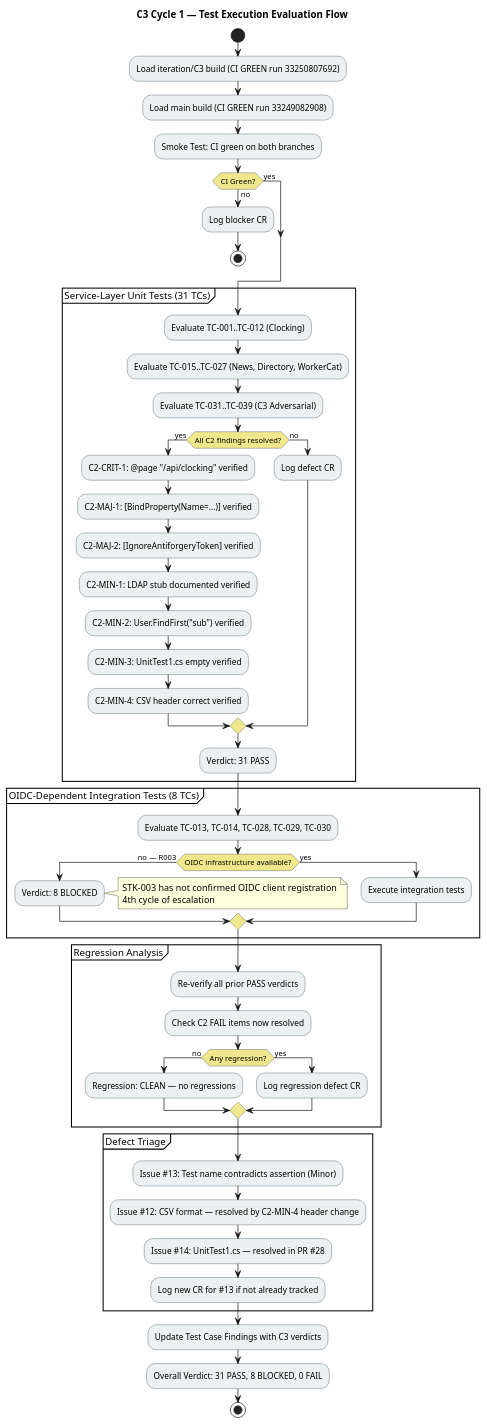
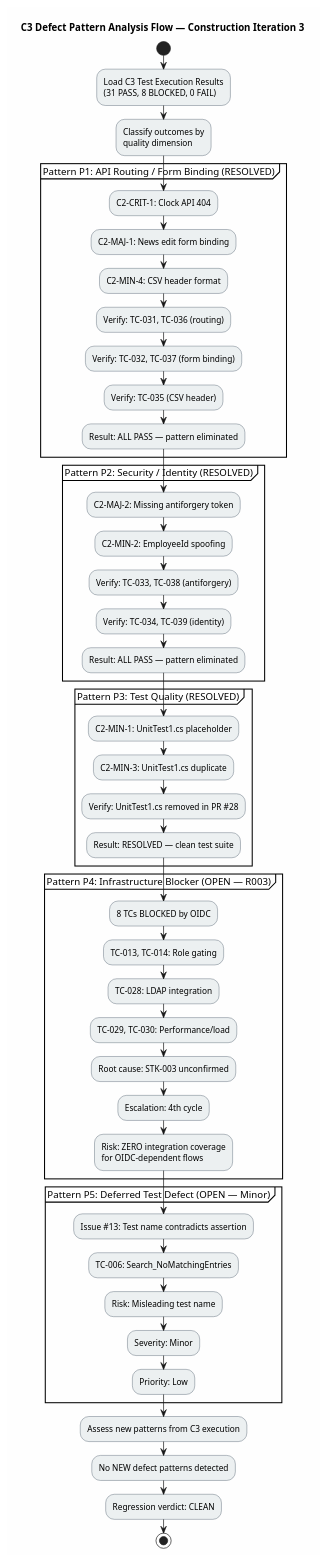
Before and after one commit to banense-test/portal-cuba-corp: the first of 2 diagrams in docs/artifacts/test/test-case.md, drawn with PlantUML. The commit also changed other lines of this file, not shown here.

First line of the commit message:
Test Analyst [C3]: upsert Test Case

````diff
--- a/docs/artifacts/test/test-case.md
+++ b/docs/artifacts/test/test-case.md
@@ -77,74 +67,69 @@
 ```plantuml
 @startuml
-title C3 Cycle 1 — Test Execution Evaluation Flow
+title C3 Defect Pattern Analysis Flow — Construction Iteration 3
 
+skinparam backgroundColor #FEFEFE
+skinparam shadowing false
 skinparam activityBorderColor #2C3E50
 skinparam activityBackgroundColor #ECF0F1
-skinparam activityDiamondBackgroundColor #F0E68C
 
 start
 
-:Load iteration/C3 build (CI GREEN run 33250807692);
-:Load main build (CI GREEN run 33249082908);
+:Load C3 Test Execution Results
+(31 PASS, 8 BLOCKED, 0 FAIL);
 
-:Smoke Test: CI green on both branches;
-if (CI Green?) then (yes)
-  else (no)
-    :Log blocker CR;
-    stop
-  endif
+:Classify outcomes by
+quality dimension;
 
-partition "Service-Layer Unit Tests (31 TCs)" {
-  :Evaluate TC-001..TC-012 (Clocking);
-  :Evaluate TC-015..TC-027 (News, Directory, WorkerCat);
-  :Evaluate TC-031..TC-039 (C3 Adversarial);
-  
-  if (All C2 findings resolved?) then (yes)
-    :C2-CRIT-1: @page "/api/clocking" verified;
-    :C2-MAJ-1: [BindProperty(Name=...)] verified;
-    :C2-MAJ-2: [IgnoreAntiforgeryToken] verified;
-    :C2-MIN-1: LDAP stub documented verified;
-    :C2-MIN-2: User.FindFirst("sub") verified;
-    :C2-MIN-3: UnitTest1.cs empty verified;
-    :C2-MIN-4: CSV header correct verified;
-  else (no)
-    :Log defect CR;
-  endif
-  
-  :Verdict: 31 PASS;
+partition "Pattern P1: API Routing / Form Binding (RESOLVED)" {
+  :C2-CRIT-1: Clock API 404;
+  :C2-MAJ-1: News edit form binding;
+  :C2-MIN-4: CSV header format;
+  :Verify: TC-031, TC-036 (routing);
+  :Verify: TC-032, TC-037 (form binding);
+  :Verify: TC-035 (CSV header);
+  :Result: ALL PASS — pattern eliminated;
 }
 
-partition "OIDC-Dependent Integration Tests (8 TCs)" {
-  :Evaluate TC-013, TC-014, TC-028, TC-029, TC-030;
-  if (OIDC infrastructure available?) then (no — R003)
-    :Verdict: 8 BLOCKED;
-    note right: STK-003 has not confirmed OIDC client registration\n4th cycle of escalation
-  else (yes)
-    :Execute integration tests;
-  endif
+partition "Pattern P2: Security / Identity (RESOLVED)" {
+  :C2-MAJ-2: Missing antiforgery token;
+  :C2-MIN-2: EmployeeId spoofing;
+  :Verify: TC-033, TC-038 (antiforgery);
+  :Verify: TC-034, TC-039 (identity);
+  :Result: ALL PASS — pattern eliminated;
 }
 
-partition "Regression Analysis" {
-  :Re-verify all prior PASS verdicts;
-  :Check C2 FAIL items now resolved;
-  if (Any regression?) then (no)
-    :Regression: CLEAN — no regressions;
-  else (yes)
-    :Log regression defect CR;
-  endif
+partition "Pattern P3: Test Quality (RESOLVED)" {
+  :C2-MIN-1: UnitTest1.cs placeholder;
+  :C2-MIN-3: UnitTest1.cs duplicate;
+  :Verify: UnitTest1.cs removed in PR #28;
+  :Result: RESOLVED — clean test suite;
 }
 
-partition "Defect Triage" {
-  :Issue #13: Test name contradicts assertion (Minor);
-  :Issue #12: CSV format — resolved by C2-MIN-4 header change;
-  :Issue #14: UnitTest1.cs — resolved in PR #28;
-  :Log new CR for #13 if not already tracked;
+partition "Pattern P4: Infrastructure Blocker (OPEN — R003)" {
+  :8 TCs BLOCKED by OIDC;
+  :TC-013, TC-014: Role gating;
+  :TC-028: LDAP integration;
+  :TC-029, TC-030: Performance/load;
+  :Root cause: STK-003 unconfirmed;
+  :Escalation: 4th cycle;
+  :Risk: ZERO integration coverage
+  for OIDC-dependent flows;
 }
 
-:Update Test Case Findings with C3 verdicts;
-:Overall Verdict: 31 PASS, 8 BLOCKED, 0 FAIL;
+partition "Pattern P5: Deferred Test Defect (OPEN — Minor)" {
+  :Issue #13: Test name contradicts assertion;
+  :TC-006: Search_NoMatchingEntries;
+  :Risk: Misleading test name;
+  :Severity: Minor;
+  :Priority: Low;
+}
+
+:Assess new patterns from C3 execution;
+:No NEW defect patterns detected;
+:Regression verdict: CLEAN;
 
 stop
 
 @enduml
 ```
````
